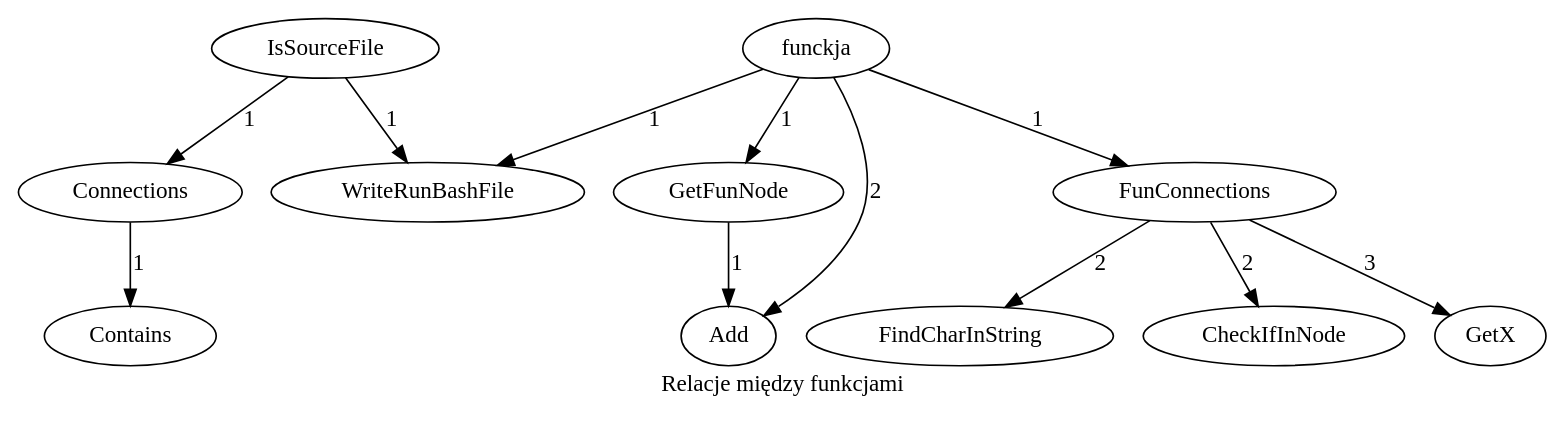
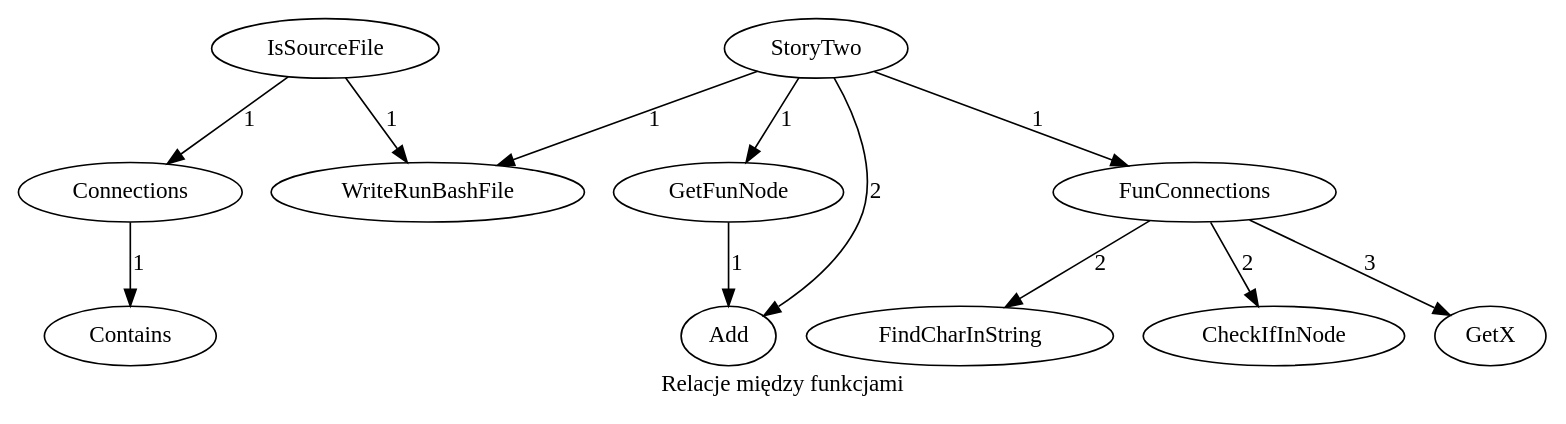
The diagram in Data.gv (Work-In-Progress-Bananna-Knife/A-La-Projet-Un-), drawn with Graphviz before and after one commit. The commit also changed 5 other files, not shown here.

```diff
--- a/Data.gv
+++ b/Data.gv
@@ -1,13 +1,13 @@
 digraph foo{
 label ="Relacje między funkcjami""Connections" -> "Contains"[label =  "1"]
 "IsSourceFile" -> "WriteRunBashFile"[label =  "1"]
 "IsSourceFile" -> "Connections"[label =  "1"]
 "GetFunNode" -> "Add"[label =  "1"]
 "FunConnections" -> "FindCharInString"[label =  "2"]
 "FunConnections" -> "CheckIfInNode"[label =  "2"]
 "FunConnections" -> "GetX"[label =  "3"]
-"funckja" -> "FunConnections"[label =  "1"]
-"funckja" -> "GetFunNode"[label =  "1"]
-"funckja" -> "WriteRunBashFile"[label =  "1"]
-"funckja" -> "Add"[label =  "2"]
+"StoryTwo" -> "FunConnections"[label =  "1"]
+"StoryTwo" -> "GetFunNode"[label =  "1"]
+"StoryTwo" -> "WriteRunBashFile"[label =  "1"]
+"StoryTwo" -> "Add"[label =  "2"]
 }
```
